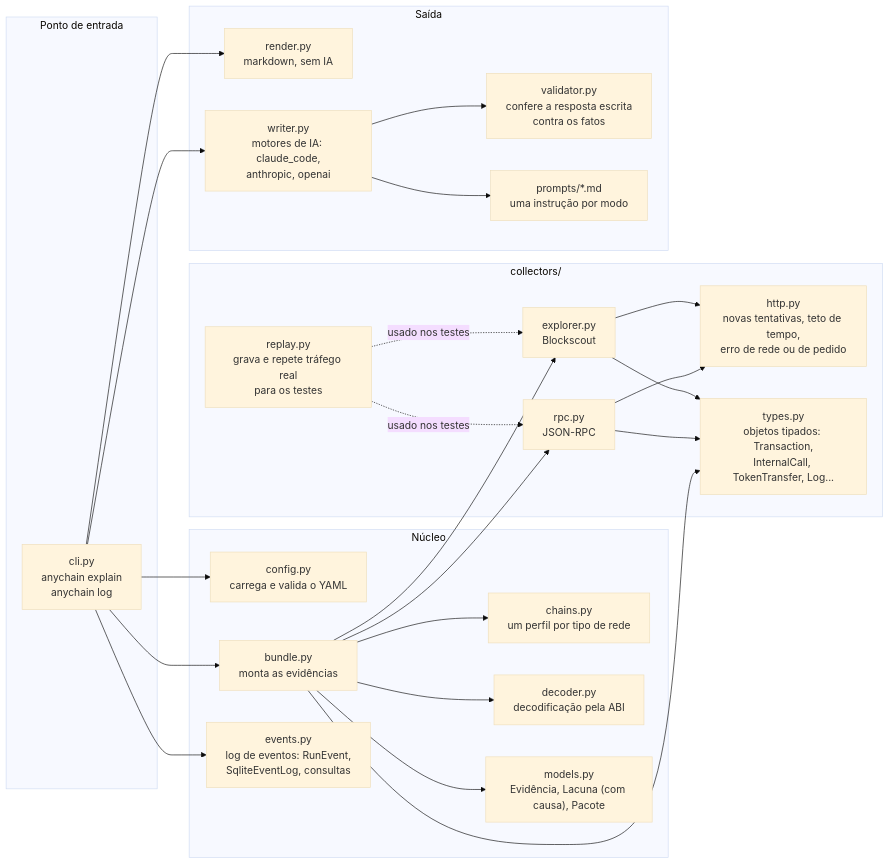
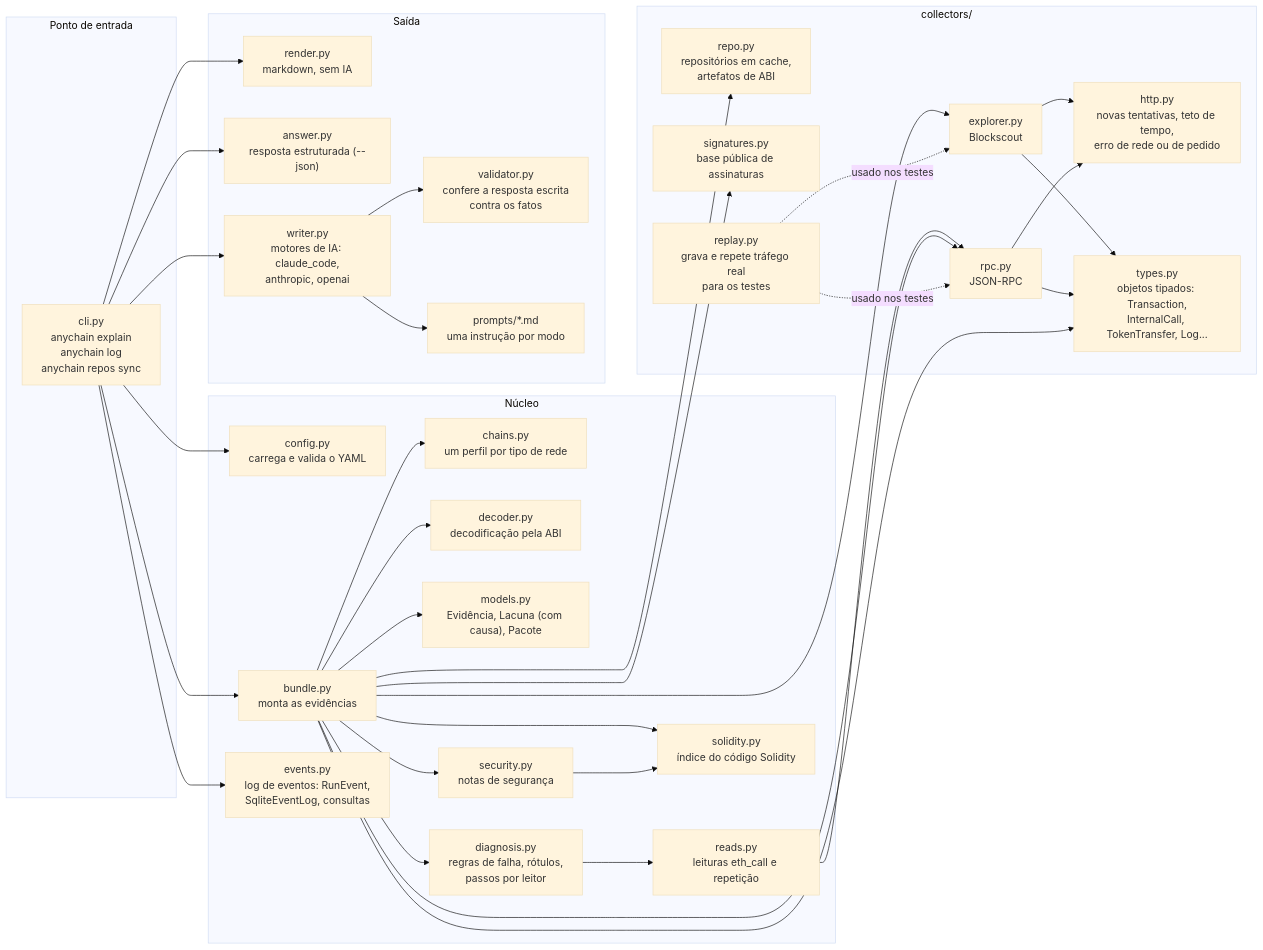
Before and after one commit to Ebaoj/anychain: the third of 5 diagrams in docs/ARCHITECTURE.pt-BR.md, drawn with Mermaid (base theme). The commit also changed other lines of this file and 3 other files, not shown here.

Commit message:
PHASE2_5 T7: architecture docs, Phase 3 spec built on Phase 2.5, spec closed

````diff
--- a/docs/ARCHITECTURE.pt-BR.md
+++ b/docs/ARCHITECTURE.pt-BR.md
@@ -122,50 +128,66 @@
 ```mermaid
 flowchart LR
     subgraph entry["Ponto de entrada"]
-        cli["cli.py<br/>anychain explain<br/>anychain log"]
+        cli["cli.py<br/>anychain explain<br/>anychain log<br/>anychain repos sync"]
     end
 
     subgraph core["Núcleo"]
         config["config.py<br/>carrega e valida o YAML"]
         chains["chains.py<br/>um perfil por tipo de rede"]
         bundle["bundle.py<br/>monta as evidências"]
         decoder["decoder.py<br/>decodificação pela ABI"]
         models["models.py<br/>Evidência, Lacuna (com causa), Pacote"]
         events["events.py<br/>log de eventos: RunEvent,<br/>SqliteEventLog, consultas"]
+        diagnosis["diagnosis.py<br/>regras de falha, rótulos,<br/>passos por leitor"]
+        reads["reads.py<br/>leituras eth_call e repetição"]
+        solidity["solidity.py<br/>índice do código Solidity"]
+        security["security.py<br/>notas de segurança"]
     end
 
     subgraph collectors["collectors/"]
         http["http.py<br/>novas tentativas, teto de tempo,<br/>erro de rede ou de pedido"]
         types["types.py<br/>objetos tipados: Transaction,<br/>InternalCall, TokenTransfer, Log..."]
         explorer["explorer.py<br/>Blockscout"]
         rpc["rpc.py<br/>JSON-RPC"]
+        repo["repo.py<br/>repositórios em cache,<br/>artefatos de ABI"]
+        signatures["signatures.py<br/>base pública de assinaturas"]
         replay["replay.py<br/>grava e repete tráfego real<br/>para os testes"]
     end
 
     subgraph output["Saída"]
         render["render.py<br/>markdown, sem IA"]
+        answer["answer.py<br/>resposta estruturada (--json)"]
         writer["writer.py<br/>motores de IA: claude_code,<br/>anthropic, openai"]
         validator["validator.py<br/>confere a resposta escrita<br/>contra os fatos"]
         prompts["prompts/*.md<br/>uma instrução por modo"]
     end
 
     cli --> config
     cli --> bundle
     cli --> render
     cli --> writer
     cli --> events
+    cli --> answer
+    bundle --> diagnosis
+    bundle --> solidity
+    bundle --> security
+    bundle --> repo
+    bundle --> signatures
+    diagnosis --> reads
+    reads --> rpc
+    security --> solidity
     bundle --> explorer
     bundle --> rpc
     bundle --> decoder
     bundle --> models
     bundle --> chains
     explorer --> http
     rpc --> http
     explorer --> types
     rpc --> types
     bundle --> types
     writer --> prompts
     writer --> validator
     replay -.usado nos testes.-> explorer
     replay -.usado nos testes.-> rpc
 ```
````
